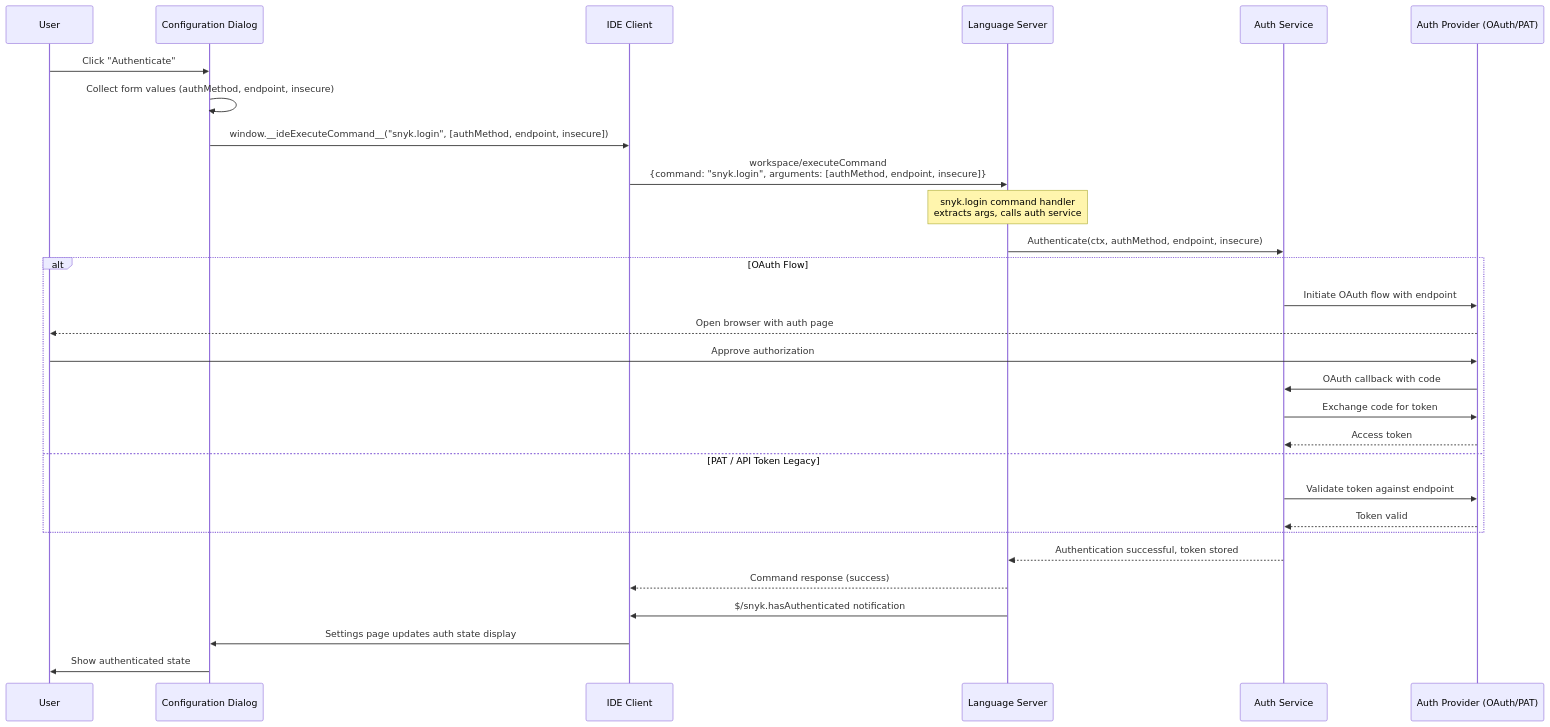
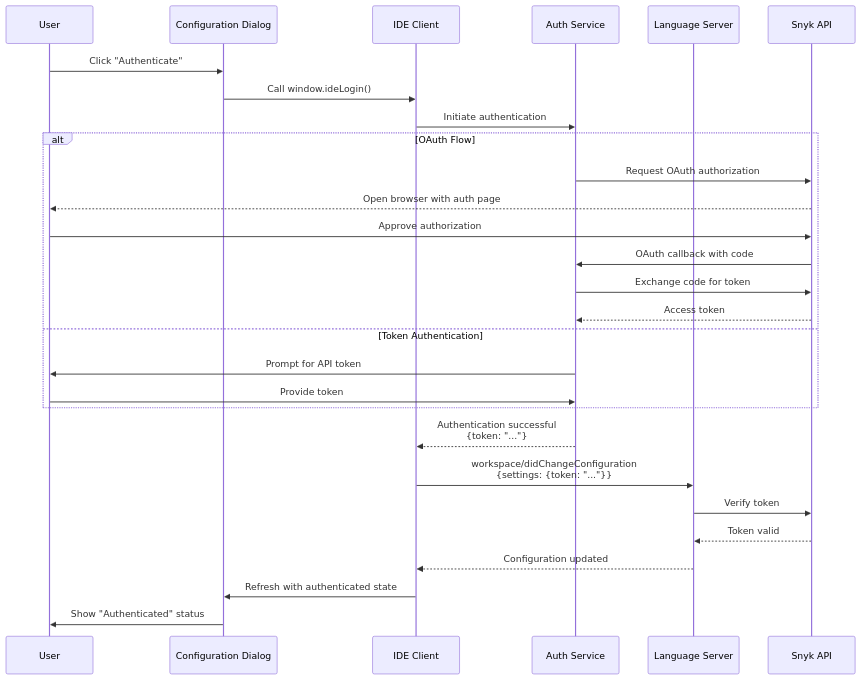
The fourth of 5 diagrams in docs/configuration-dialog.md (snyk/snyk-ls), drawn with Mermaid before and after one commit. The commit also changed other lines of this file and 12 other files, not shown here.

````diff
--- a/docs/configuration-dialog.md
+++ b/docs/configuration-dialog.md
@@ -523,38 +499,38 @@
 ```mermaid
 sequenceDiagram
     participant User as User
     participant Dialog as Configuration Dialog
     participant IDE as IDE Client
+    participant Auth as Auth Service
     participant LSP as Language Server
-    participant Auth as Auth Service
-    participant Provider as Auth Provider (OAuth/PAT)
-
+    participant Snyk as Snyk API
+    
     User->>Dialog: Click "Authenticate"
-    Dialog->>Dialog: Collect form values (authMethod, endpoint, insecure)
-    Dialog->>IDE: window.__ideExecuteCommand__("snyk.login", [authMethod, endpoint, insecure])
-
-    IDE->>LSP: workspace/executeCommand<br/>{command: "snyk.login", arguments: [authMethod, endpoint, insecure]}
-
-    Note over LSP: snyk.login command handler<br/>extracts args, calls auth service
-
-    LSP->>Auth: Authenticate(ctx, authMethod, endpoint, insecure)
-
+    Dialog->>IDE: Call window.ideLogin()
+    
+    IDE->>Auth: Initiate authentication
+    
     alt OAuth Flow
-        Auth->>Provider: Initiate OAuth flow with endpoint
-        Provider-->>User: Open browser with auth page
-        User->>Provider: Approve authorization
-        Provider->>Auth: OAuth callback with code
-        Auth->>Provider: Exchange code for token
-        Provider-->>Auth: Access token
-    else PAT / API Token Legacy
-        Auth->>Provider: Validate token against endpoint
-        Provider-->>Auth: Token valid
+        Auth->>Snyk: Request OAuth authorization
+        Snyk-->>User: Open browser with auth page
+        User->>Snyk: Approve authorization
+        Snyk->>Auth: OAuth callback with code
+        Auth->>Snyk: Exchange code for token
+        Snyk-->>Auth: Access token
+    else Token Authentication
+        Auth->>User: Prompt for API token
+        User->>Auth: Provide token
     end
-
-    Auth-->>LSP: Authentication successful, token stored
-    LSP-->>IDE: Command response (success)
-    LSP->>IDE: $/snyk.hasAuthenticated notification
-
-    IDE->>Dialog: Settings page updates auth state display
-    Dialog->>User: Show authenticated state
+    
+    Auth-->>IDE: Authentication successful<br/>{token: "..."}
+    
+    IDE->>LSP: workspace/didChangeConfiguration<br/>{settings: {token: "..."}}
+    
+    LSP->>Snyk: Verify token
+    Snyk-->>LSP: Token valid
+    
+    LSP-->>IDE: Configuration updated
+    
+    IDE->>Dialog: Refresh with authenticated state
+    Dialog->>User: Show "Authenticated" status
 ```
````
